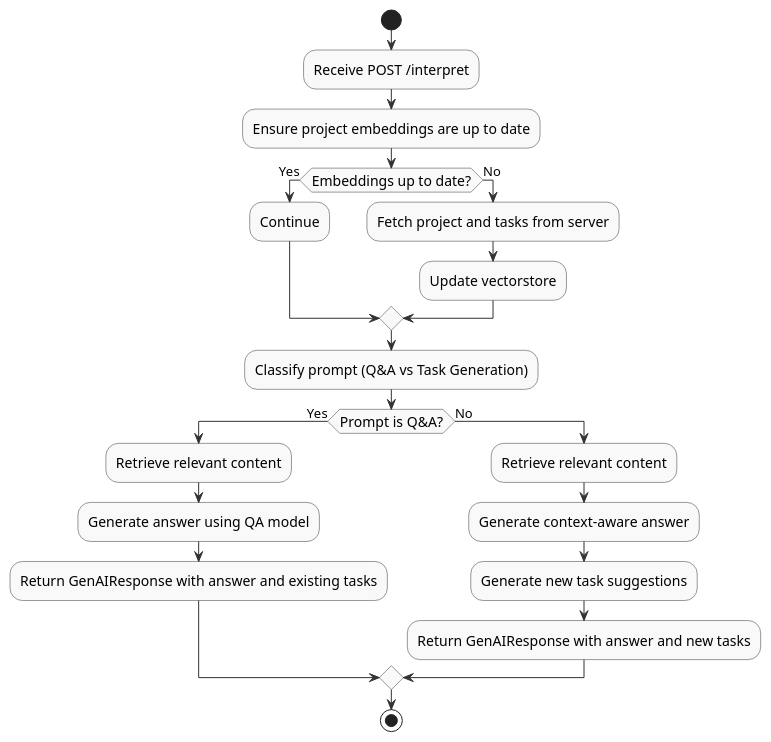
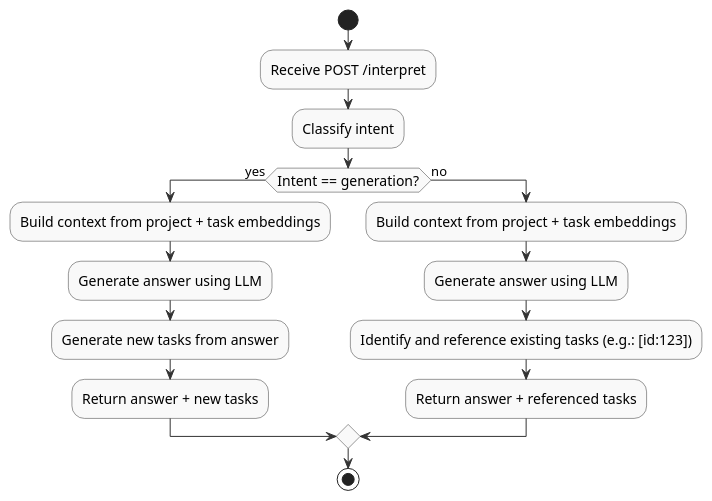
One commit to AET-DevOps25/team-closed-ai changed the diagram in docs/diagrams/GenAI activity diagram.puml. Above: the diagram before and after it, drawn with PlantUML. The commit also changed 2 other files, not shown here.

```diff
--- a/docs/diagrams/GenAI activity diagram.puml
+++ b/docs/diagrams/GenAI activity diagram.puml
@@ -1,44 +1,36 @@
 @startuml /interpret Endpoint Activity Diagram
 
 skinparam monochrome false
 skinparam defaultTextAlignment center
 skinparam shadowing false
 skinparam activity {
     BackgroundColor #F9F9F9
     BorderColor #333333
     FontSize 14
     FontColor black
 }
 skinparam arrow {
     Color #333333
     FontSize 13
 }
 
 start
 
 :Receive POST /interpret;
 
-:Ensure project embeddings are up to date;
+:Classify intent;
 
-if (Embeddings up to date?) then (Yes)
-  :Continue;
-else (No)
-  :Fetch project and tasks from server;
-  :Update vectorstore;
-endif
-
-:Classify prompt (Q&A vs Task Generation);
-
-if (Prompt is Q&A?) then (Yes)
-  :Retrieve relevant content;
-  :Generate answer using QA model;
-  :Return GenAIResponse with answer and existing tasks;
-else (No)
-  :Retrieve relevant content;
-  :Generate context-aware answer;
-  :Generate new task suggestions;
-  :Return GenAIResponse with answer and new tasks;
+if (Intent == generation?) then (yes)
+  :Build context from project + task embeddings;
+  :Generate answer using LLM;
+  :Generate new tasks from answer;
+  :Return answer + new tasks;
+else (no)
+  :Build context from project + task embeddings;
+  :Generate answer using LLM;
+  :Identify and reference existing tasks (e.g.: [id:123]);
+  :Return answer + referenced tasks;
 endif
 
 stop
 @enduml
```
